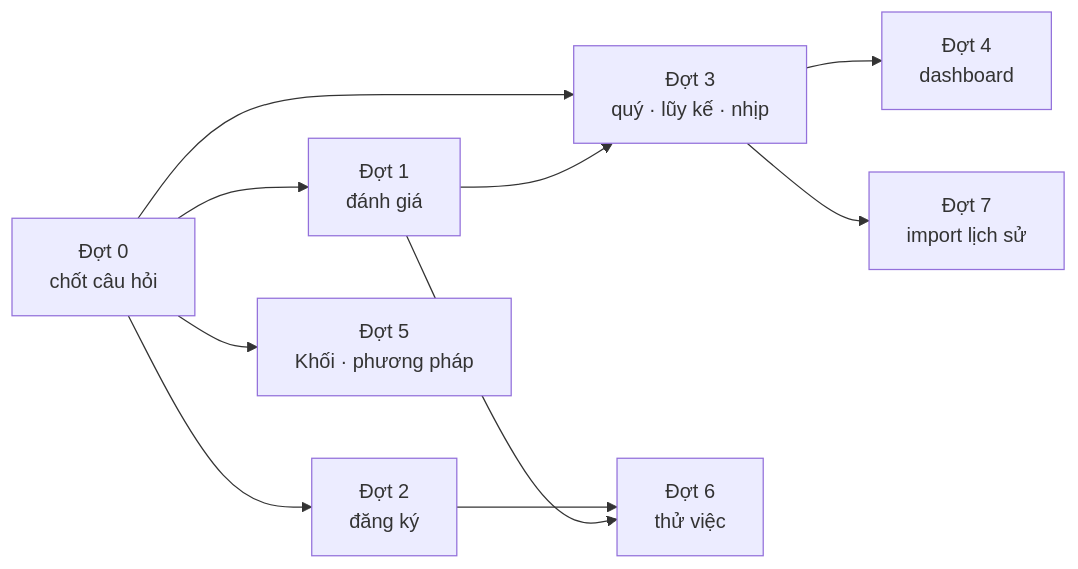
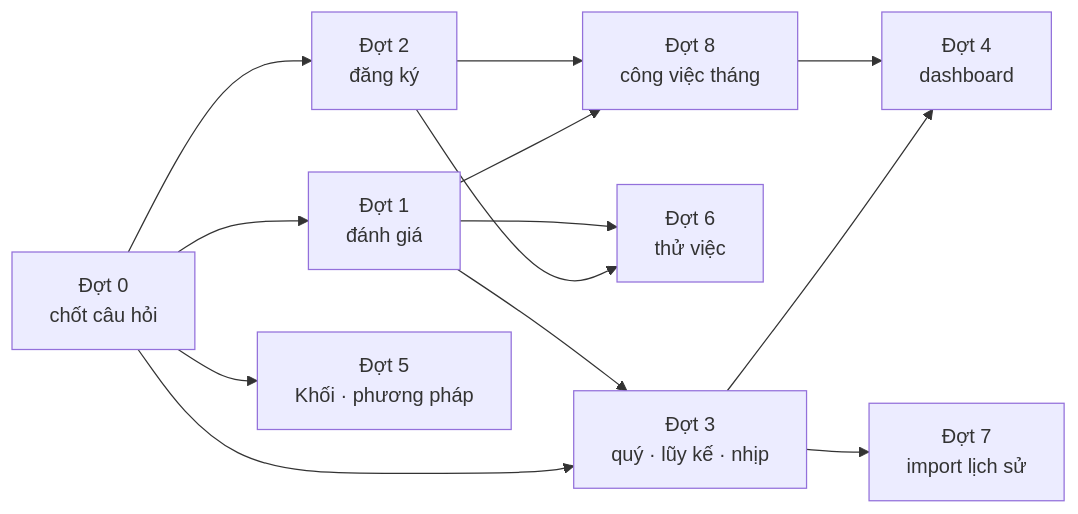
One commit to harleyng/kpi-management changed the diagram in docs/plans/KPI_update_plan_2210.md. Above: the diagram before and after it, drawn with Mermaid. The commit also changed other lines of this file and 1 other file, not shown here.

First line of the commit message:
docs(plans): implementation plan for module 4, monthly work (Đợt 8, PEND-14)

````diff
--- a/docs/plans/KPI_update_plan_2210.md
+++ b/docs/plans/KPI_update_plan_2210.md
@@ -26,12 +28,15 @@
 ```mermaid
 flowchart LR
   W0[Đợt 0<br/>chốt câu hỏi] --> W1[Đợt 1<br/>đánh giá]
   W0 --> W2[Đợt 2<br/>đăng ký]
   W0 --> W3[Đợt 3<br/>quý · lũy kế · nhịp]
   W1 --> W3
   W3 --> W4[Đợt 4<br/>dashboard]
   W0 --> W5[Đợt 5<br/>Khối · phương pháp]
   W2 --> W6[Đợt 6<br/>thử việc]
   W1 --> W6
   W3 --> W7[Đợt 7<br/>import lịch sử]
+  W1 --> W8[Đợt 8<br/>công việc tháng]
+  W2 --> W8
+  W8 --> W4
 ```
````
